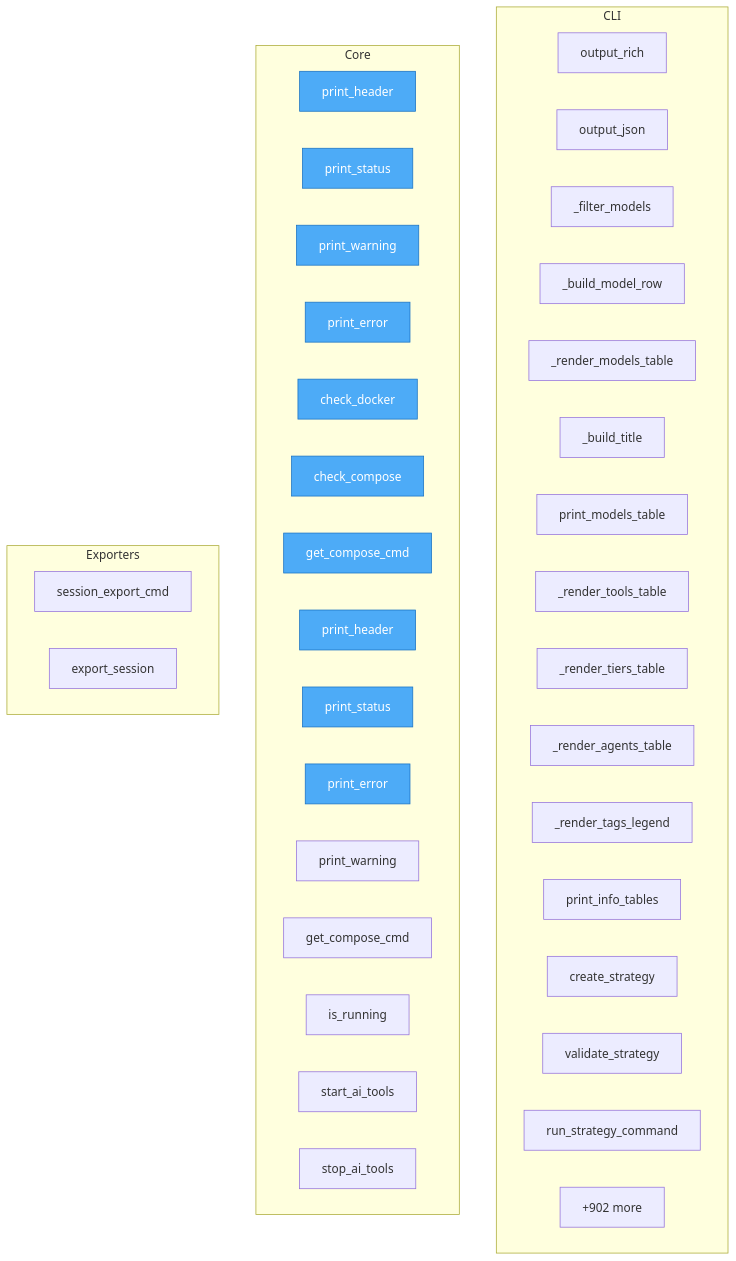
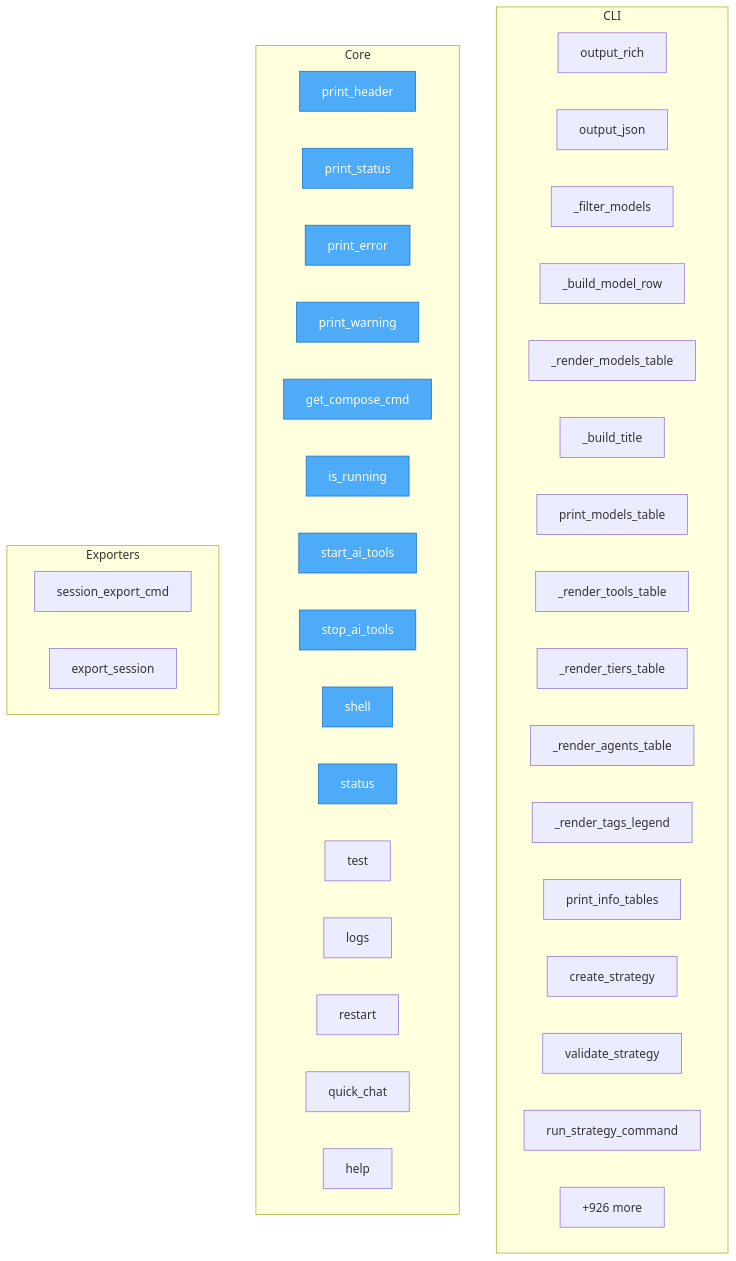
Before and after one commit to semcod/llx: the diagram in project/flow.mmd, drawn with Mermaid. The commit also changed 82 other files, not shown here.

```diff
--- a/project/flow.mmd
+++ b/project/flow.mmd
@@ -1,49 +1,49 @@
 flowchart TD
 
     %% Entry points (blue)
     classDef entry fill:#4dabf7,stroke:#1971c2,color:#fff
 
     subgraph CLI
         llx__cli__formatters__output_rich["output_rich"]
         llx__cli__formatters__output_json["output_json"]
         llx__cli__formatters___filter_models["_filter_models"]
         llx__cli__formatters___build_model_row["_build_model_row"]
         llx__cli__formatters___render_models_table["_render_models_table"]
         llx__cli__formatters___build_title["_build_title"]
         llx__cli__formatters__print_models_table["print_models_table"]
         llx__cli__formatters___render_tools_table["_render_tools_table"]
         llx__cli__formatters___render_tiers_table["_render_tiers_table"]
         llx__cli__formatters___render_agents_table["_render_agents_table"]
         llx__cli__formatters___render_tags_legend["_render_tags_legend"]
         llx__cli__formatters__print_info_tables["print_info_tables"]
         llx__cli__strategy_commands__create_strategy["create_strategy"]
         llx__cli__strategy_commands__validate_strategy["validate_strategy"]
         llx__cli__strategy_commands__run_strategy_command["run_strategy_command"]
-        ...["+31 more"]
+        ...["+23 more"]
     end
 
     subgraph Core
-        docker_manage__print_header["print_header"]
-        docker_manage__print_status["print_status"]
-        docker_manage__print_warning["print_warning"]
-        docker_manage__print_error["print_error"]
-        docker_manage__check_docker["check_docker"]
-        docker_manage__check_compose["check_compose"]
-        docker_manage__get_compose_cmd["get_compose_cmd"]
         ai_tools_manage__print_header["print_header"]
         ai_tools_manage__print_status["print_status"]
         ai_tools_manage__print_error["print_error"]
         ai_tools_manage__print_warning["print_warning"]
         ai_tools_manage__get_compose_cmd["get_compose_cmd"]
         ai_tools_manage__is_running["is_running"]
         ai_tools_manage__start_ai_tools["start_ai_tools"]
         ai_tools_manage__stop_ai_tools["stop_ai_tools"]
-        ...["+902 more"]
+        ai_tools_manage__shell["shell"]
+        ai_tools_manage__status["status"]
+        ai_tools_manage__test["test"]
+        ai_tools_manage__logs["logs"]
+        ai_tools_manage__restart["restart"]
+        ai_tools_manage__quick_chat["quick_chat"]
+        ai_tools_manage__help["help"]
+        ...["+926 more"]
     end
 
     subgraph Exporters
         llx__prellm__cli__session_export_cmd["session_export_cmd"]
         llx__prellm__context__user_memory__UserMemory__export_session["export_session"]
     end
 
-    class docker_manage__print_header,docker_manage__print_status,docker_manage__print_warning,docker_manage__print_error,docker_manage__check_docker,docker_manage__check_compose,docker_manage__get_compose_cmd,ai_tools_manage__print_header,ai_tools_manage__print_status,ai_tools_manage__print_error entry
+    class ai_tools_manage__print_header,ai_tools_manage__print_status,ai_tools_manage__print_error,ai_tools_manage__print_warning,ai_tools_manage__get_compose_cmd,ai_tools_manage__is_running,ai_tools_manage__start_ai_tools,ai_tools_manage__stop_ai_tools,ai_tools_manage__shell,ai_tools_manage__status entry
```
